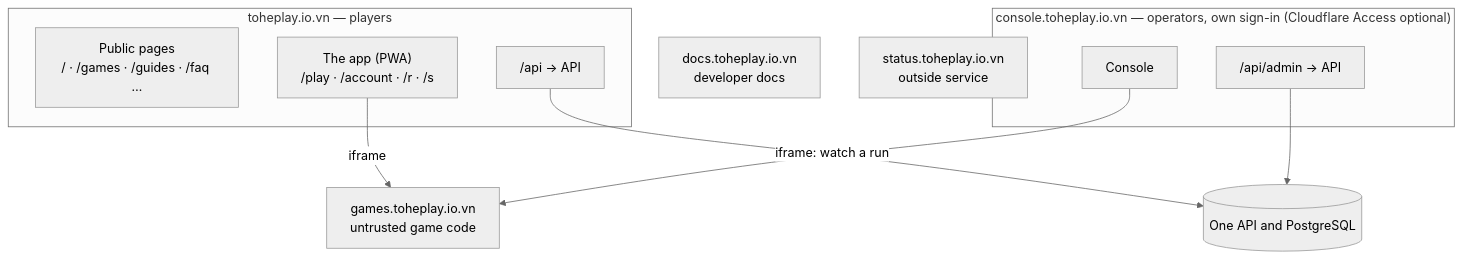
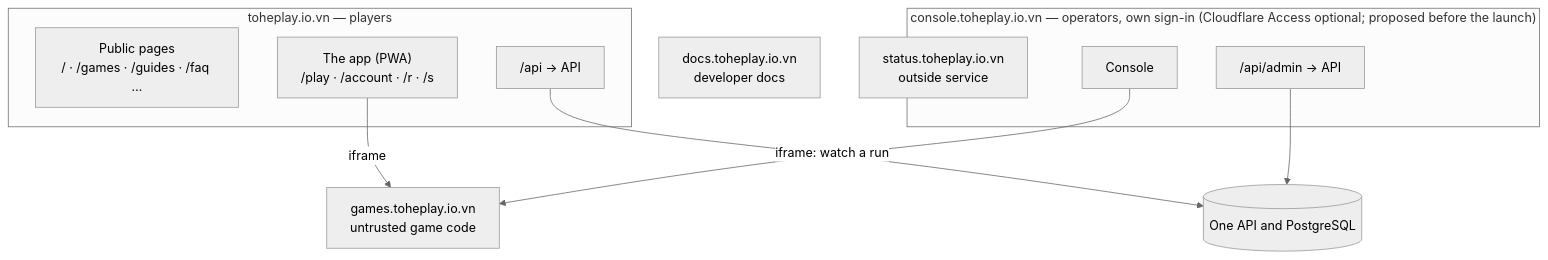
The first of 2 diagrams in docs/architecture/hosts-and-paths.md (vinh466/tohe-play), drawn with Mermaid (neutral theme) before and after one commit. The commit also changed other lines of this file and 4 other files, not shown here.

````diff
--- a/docs/architecture/hosts-and-paths.md
+++ b/docs/architecture/hosts-and-paths.md
@@ -21,19 +22,19 @@
 ```mermaid
 flowchart TB
   subgraph players ["toheplay.io.vn — players"]
     web["Public pages<br/>/ · /games · /guides · /faq …"]
     app["The app (PWA)<br/>/play · /account · /r · /s"]
     papi["/api → API"]
   end
-  subgraph ops ["console.toheplay.io.vn — operators, own sign-in (Cloudflare Access optional)"]
+  subgraph ops ["console.toheplay.io.vn — operators, own sign-in (Cloudflare Access optional; proposed before the launch)"]
     console["Console"]
     capi["/api/admin → API"]
   end
   games["games.toheplay.io.vn<br/>untrusted game code"]
   docs["docs.toheplay.io.vn<br/>developer docs"]
   status["status.toheplay.io.vn<br/>outside service"]
   app -- iframe --> games
   console -- "iframe: watch a run" --> games
   papi --> api[(One API and PostgreSQL)]
   capi --> api
 ```
````
